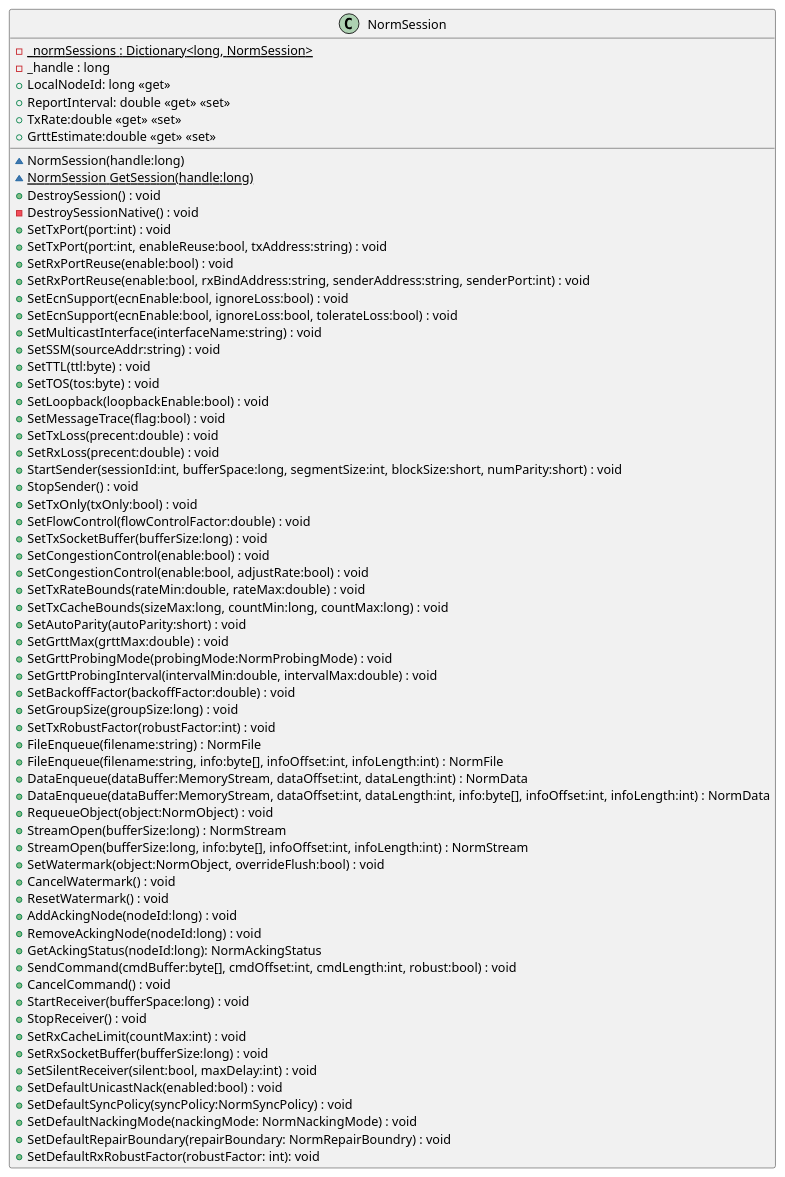
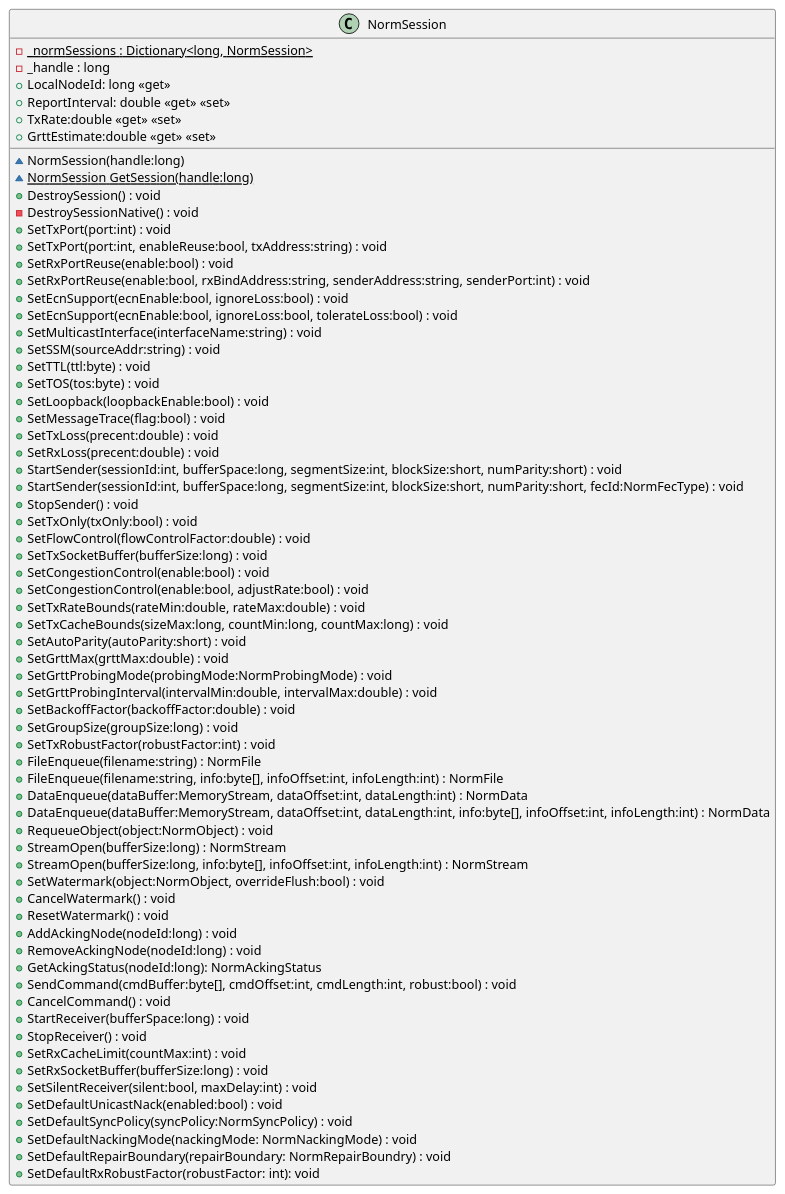
One commit to mullerj/norm changed the diagram in src/dotnet/design/Mil/Navy/Nrl/Norm/NormSession.puml. Above: the diagram before and after it, drawn with PlantUML. The commit also changed 6 other files, not shown here.

```diff
--- a/src/dotnet/design/Mil/Navy/Nrl/Norm/NormSession.puml
+++ b/src/dotnet/design/Mil/Navy/Nrl/Norm/NormSession.puml
@@ -1,69 +1,70 @@
 @startuml
 class NormSession {
     {static} -_normSessions : Dictionary<long, NormSession>
     - _handle : long
     ~ NormSession(handle:long)
     {static} ~ NormSession GetSession(handle:long)
     + DestroySession() : void
     - DestroySessionNative() : void
     + LocalNodeId: long <<get>>
     + SetTxPort(port:int) : void
     + SetTxPort(port:int, enableReuse:bool, txAddress:string) : void
     + SetRxPortReuse(enable:bool) : void
     + SetRxPortReuse(enable:bool, rxBindAddress:string, senderAddress:string, senderPort:int) : void
     + SetEcnSupport(ecnEnable:bool, ignoreLoss:bool) : void
     + SetEcnSupport(ecnEnable:bool, ignoreLoss:bool, tolerateLoss:bool) : void
     + SetMulticastInterface(interfaceName:string) : void
     + SetSSM(sourceAddr:string) : void
     + SetTTL(ttl:byte) : void
     + SetTOS(tos:byte) : void
     + SetLoopback(loopbackEnable:bool) : void
     + SetMessageTrace(flag:bool) : void
     + SetTxLoss(precent:double) : void
     + SetRxLoss(precent:double) : void
     + ReportInterval: double <<get>> <<set>>
     + StartSender(sessionId:int, bufferSpace:long, segmentSize:int, blockSize:short, numParity:short) : void
+    + StartSender(sessionId:int, bufferSpace:long, segmentSize:int, blockSize:short, numParity:short, fecId:NormFecType) : void
     + StopSender() : void
     + SetTxOnly(txOnly:bool) : void
     + TxRate:double <<get>> <<set>>
     + SetFlowControl(flowControlFactor:double) : void
     + SetTxSocketBuffer(bufferSize:long) : void
     + SetCongestionControl(enable:bool) : void
     + SetCongestionControl(enable:bool, adjustRate:bool) : void
     + SetTxRateBounds(rateMin:double, rateMax:double) : void
     + SetTxCacheBounds(sizeMax:long, countMin:long, countMax:long) : void
     + SetAutoParity(autoParity:short) : void
     + GrttEstimate:double <<get>> <<set>>
     + SetGrttMax(grttMax:double) : void
     + SetGrttProbingMode(probingMode:NormProbingMode) : void
     + SetGrttProbingInterval(intervalMin:double, intervalMax:double) : void
     + SetBackoffFactor(backoffFactor:double) : void
     + SetGroupSize(groupSize:long) : void
     + SetTxRobustFactor(robustFactor:int) : void
     + FileEnqueue(filename:string) : NormFile
     + FileEnqueue(filename:string, info:byte[], infoOffset:int, infoLength:int) : NormFile
     + DataEnqueue(dataBuffer:MemoryStream, dataOffset:int, dataLength:int) : NormData
     + DataEnqueue(dataBuffer:MemoryStream, dataOffset:int, dataLength:int, info:byte[], infoOffset:int, infoLength:int) : NormData
     + RequeueObject(object:NormObject) : void
     + StreamOpen(bufferSize:long) : NormStream
     + StreamOpen(bufferSize:long, info:byte[], infoOffset:int, infoLength:int) : NormStream
     + SetWatermark(object:NormObject, overrideFlush:bool) : void
     + CancelWatermark() : void
     + ResetWatermark() : void
     + AddAckingNode(nodeId:long) : void
     + RemoveAckingNode(nodeId:long) : void
     + GetAckingStatus(nodeId:long): NormAckingStatus
     + SendCommand(cmdBuffer:byte[], cmdOffset:int, cmdLength:int, robust:bool) : void
     + CancelCommand() : void
     + StartReceiver(bufferSpace:long) : void
     + StopReceiver() : void
     + SetRxCacheLimit(countMax:int) : void
     + SetRxSocketBuffer(bufferSize:long) : void
     + SetSilentReceiver(silent:bool, maxDelay:int) : void
     + SetDefaultUnicastNack(enabled:bool) : void
     + SetDefaultSyncPolicy(syncPolicy:NormSyncPolicy) : void
     + SetDefaultNackingMode(nackingMode: NormNackingMode) : void
     + SetDefaultRepairBoundary(repairBoundary: NormRepairBoundry) : void
     + SetDefaultRxRobustFactor(robustFactor: int): void
 }
 @enduml
```
